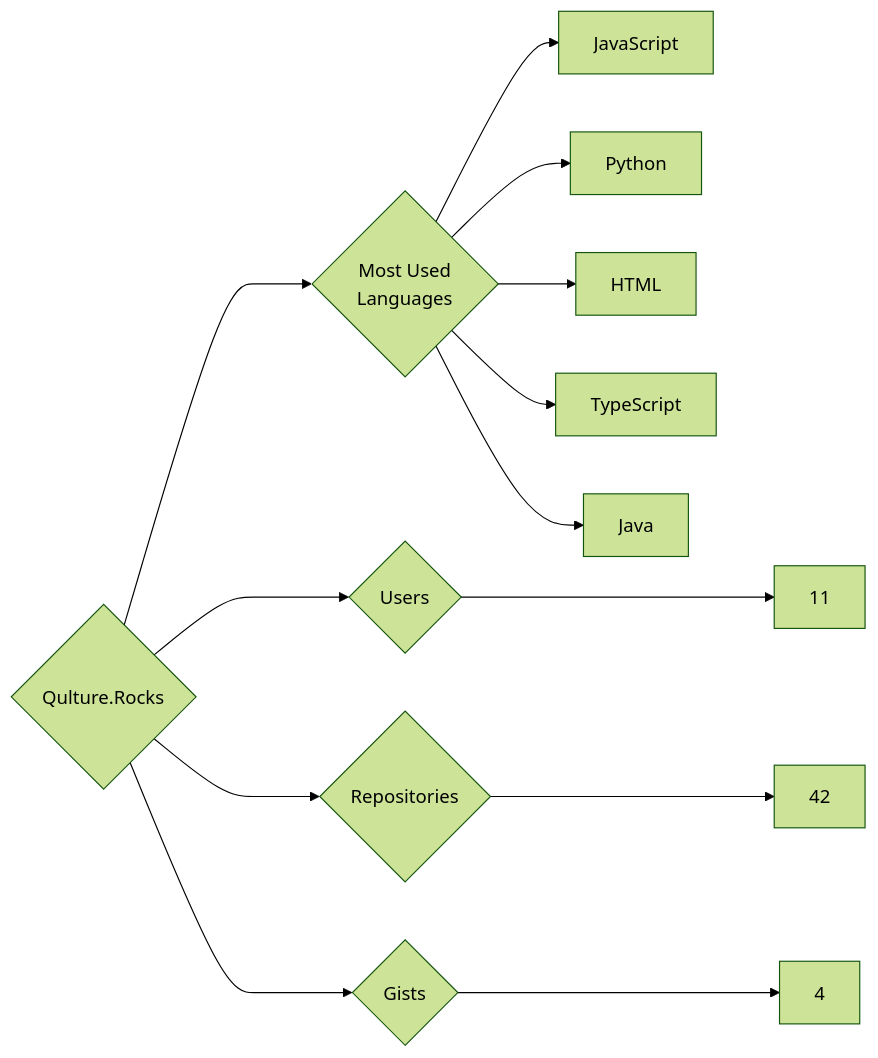
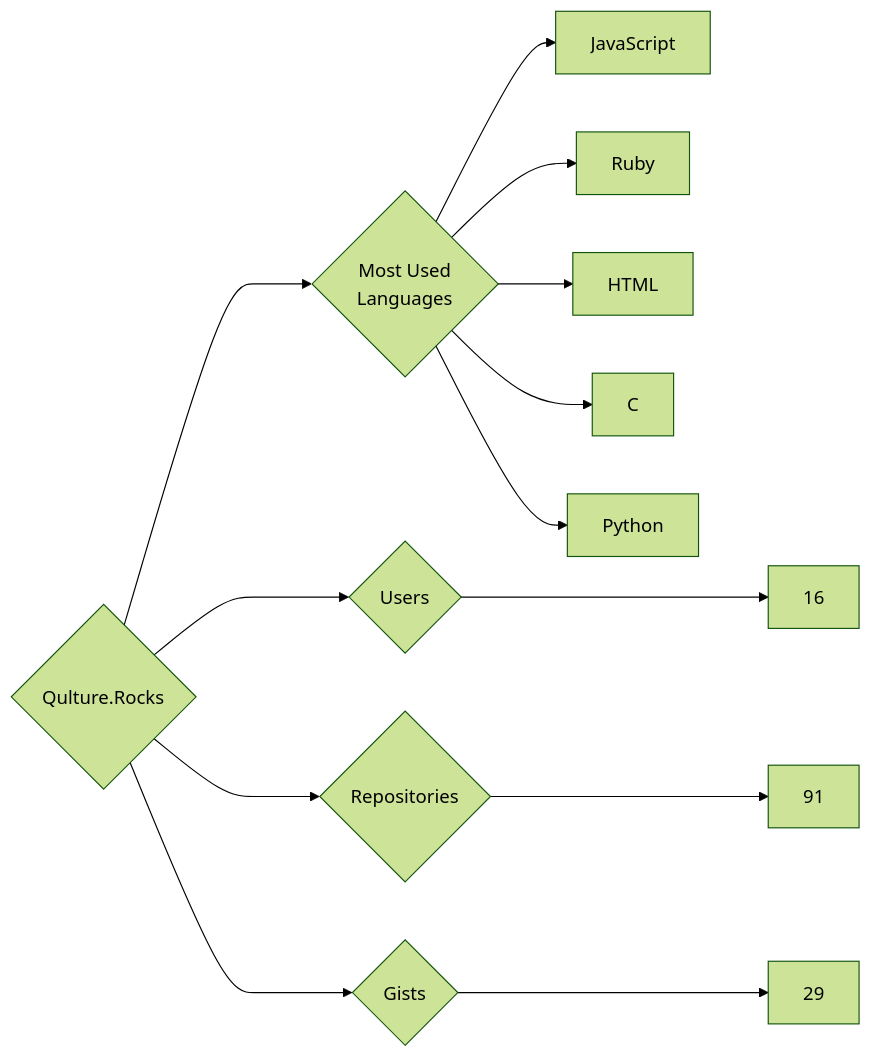
Before and after one commit to trickest/insiders: the diagram in targets/Qulture.Rocks/README.md, drawn with Mermaid (forest theme). The commit also changed 964 other files, not shown here.

````diff
--- a/targets/Qulture.Rocks/README.md
+++ b/targets/Qulture.Rocks/README.md
@@ -3,13 +3,13 @@
 ```mermaid
 graph LR
 COMPANY_NAME{Qulture.Rocks}
-COMPANY_NAME ---> U{Users} ---> UN[11]
-COMPANY_NAME ---> R{Repositories} ---> RN[42]
-COMPANY_NAME ---> G{Gists} ---> GN[4]
+COMPANY_NAME ---> U{Users} ---> UN[16]
+COMPANY_NAME ---> R{Repositories} ---> RN[91]
+COMPANY_NAME ---> G{Gists} ---> GN[29]
 COMPANY_NAME ---> ML{Most Used<br>Languages}
 ML --> JavaScript[JavaScript]
+ML --> Ruby[Ruby]
+ML --> HTML[HTML]
+ML --> C[C]
 ML --> Python[Python]
-ML --> HTML[HTML]
-ML --> TypeScript[TypeScript]
-ML --> Java[Java]
 ```
````
